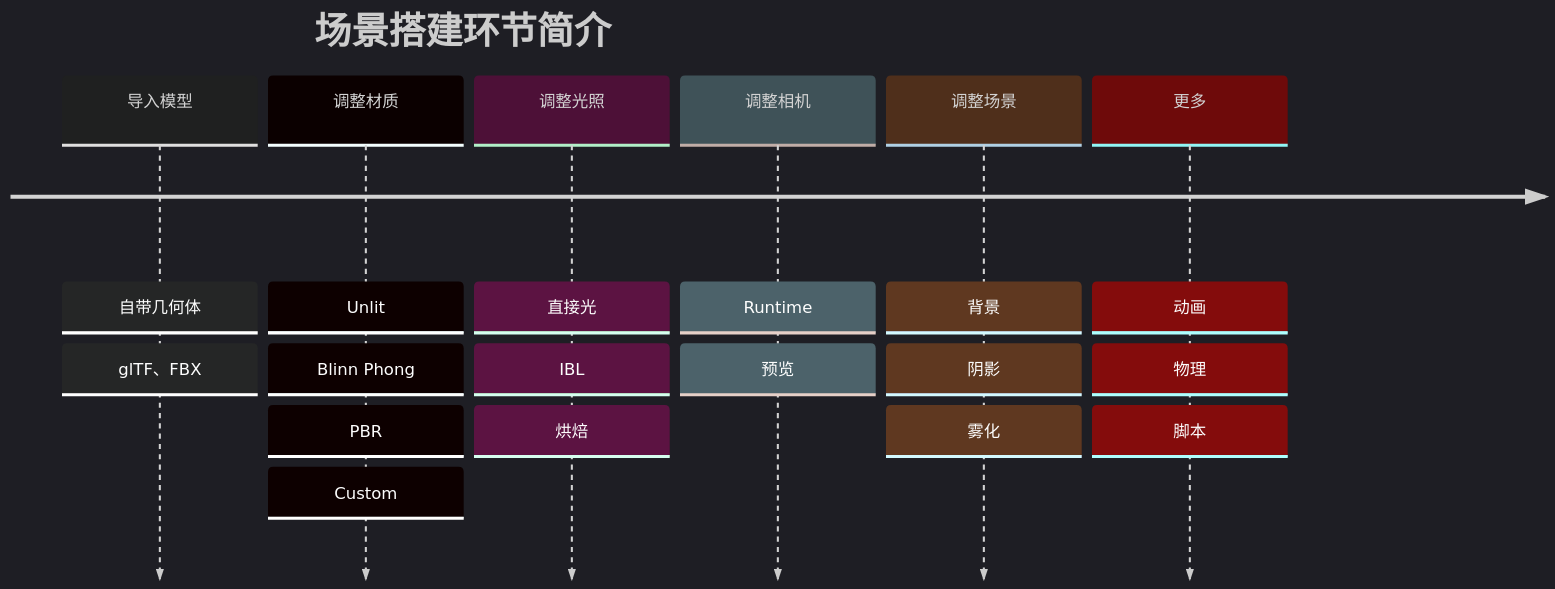
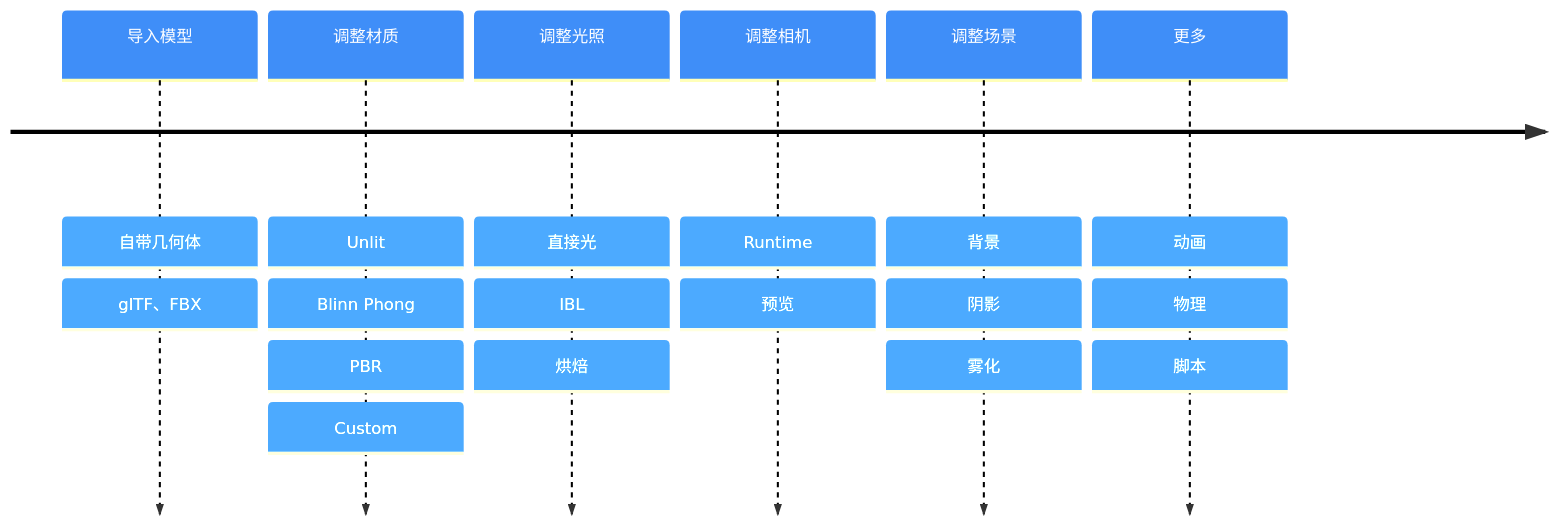
One commit to galacean/galacean.github.io changed the diagram in docs/editor-3d-next.zh-CN.md. Above: the diagram before and after it, drawn with Mermaid. The commit also changed other lines of this file and 5 other files, not shown here.

````diff
--- a/docs/editor-3d-next.zh-CN.md
+++ b/docs/editor-3d-next.zh-CN.md
@@ -15,22 +15,23 @@
 ```mermaid
-%%{init: { 'logLevel': 'debug', 'theme': 'dark' } }%%
+%%{init: { 'timeline': {'disableMulticolor': true} , 'themeVariables': {
+              'cScale0': '#3F8EF8'
+       } } }%%
 timeline
-  	title 场景搭建环节简介
     导入模型 : 自带几何体
             : glTF、FBX
     调整材质 : Unlit
 			: Blinn Phong
 			: PBR
 			: Custom
     调整光照 : 直接光
 			: IBL
 			: 烘焙
     调整相机 : Runtime
 			: 预览
     调整场景 : 背景
 			: 阴影
 			: 雾化
 	更多     : 动画
 			: 物理
 			: 脚本
 ```
````
